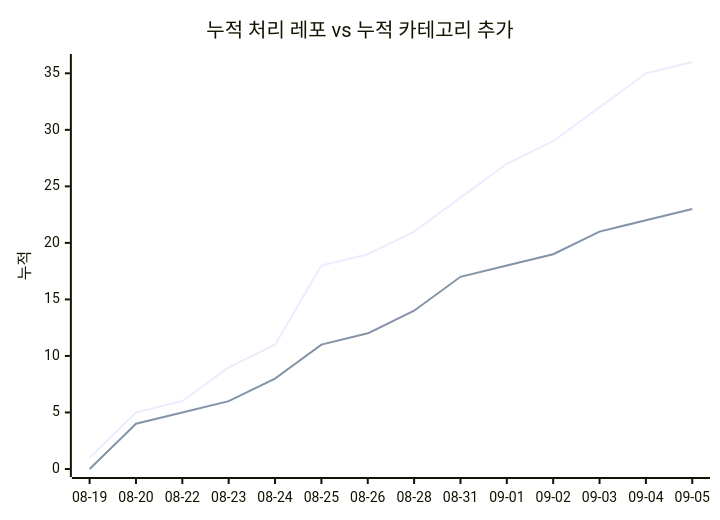
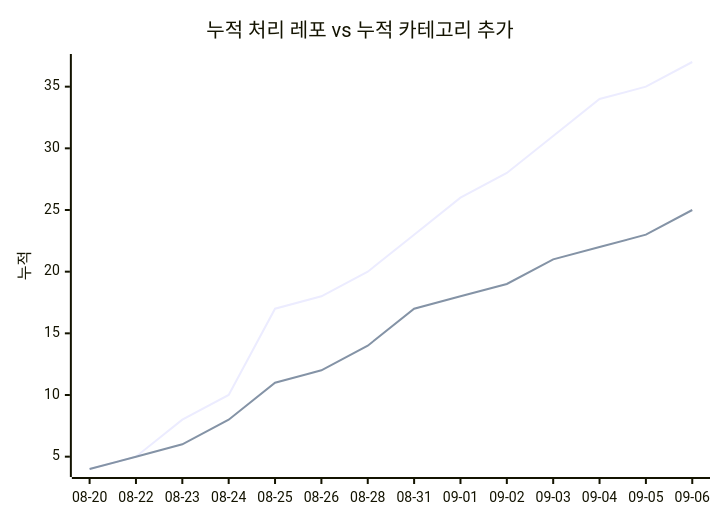
The second of 2 diagrams in docs/trends.md (J-nowcow/awesome-korean-agent-skills), drawn with Mermaid before and after one commit. The commit also changed other lines of this file and 5 other files, not shown here.

````diff
--- a/docs/trends.md
+++ b/docs/trends.md
@@ -68,8 +68,8 @@
 ```mermaid
 xychart-beta
     title "누적 처리 레포 vs 누적 카테고리 추가"
-    x-axis ["08-19","08-20","08-22","08-23","08-24","08-25","08-26","08-28","08-31","09-01","09-02","09-03","09-04","09-05"]
+    x-axis ["08-20","08-22","08-23","08-24","08-25","08-26","08-28","08-31","09-01","09-02","09-03","09-04","09-05","09-06"]
     y-axis "누적"
-    line [1,5,6,9,11,18,19,21,24,27,29,32,35,36]
-    line [0,4,5,6,8,11,12,14,17,18,19,21,22,23]
+    line [4,5,8,10,17,18,20,23,26,28,31,34,35,37]
+    line [4,5,6,8,11,12,14,17,18,19,21,22,23,25]
 ```
````
